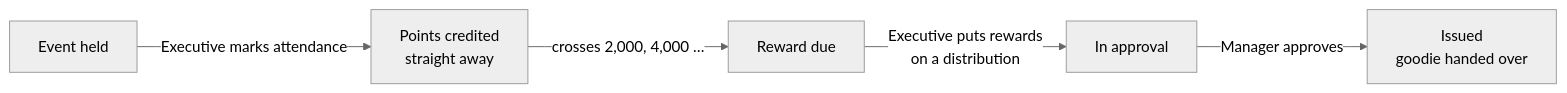
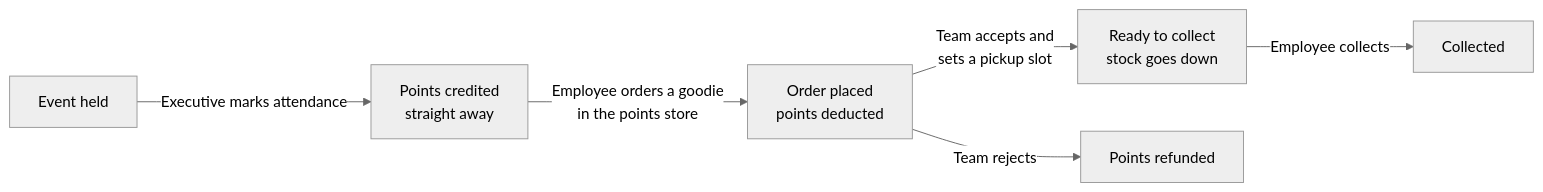
One commit to venkynani1/mavericks-inventory changed the second of 3 diagrams in docs/USER-GUIDE.md. Above: the diagram before and after it, drawn with Mermaid (neutral theme). The commit also changed other lines of this file and 115 other files, not shown here.

First line of the commit message:
Event goodies approved before the event, and a points store with cart, orders and pickup

````diff
--- a/docs/USER-GUIDE.md
+++ b/docs/USER-GUIDE.md
@@ -54,7 +55,8 @@
 ```mermaid
 flowchart LR
   E[Event held] -->|Executive marks attendance| P[Points credited<br/>straight away]
-  P -->|crosses 2,000, 4,000 …| W[Reward due]
-  W -->|Executive puts rewards<br/>on a distribution| R[In approval]
-  R -->|Manager approves| I[Issued<br/>goodie handed over]
+  P -->|Employee orders a goodie<br/>in the points store| O[Order placed<br/>points deducted]
+  O -->|Team accepts and<br/>sets a pickup slot| A[Ready to collect<br/>stock goes down]
+  A -->|Employee collects| C[Collected]
+  O -->|Team rejects| F[Points refunded]
 ```
````
